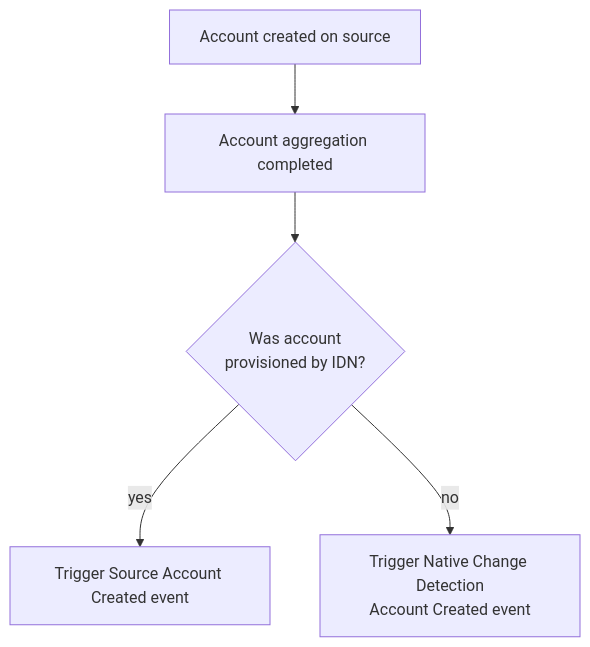
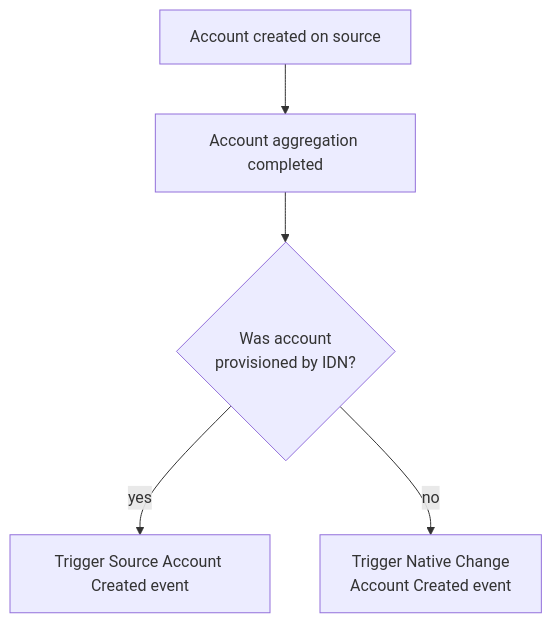
One commit to sailpoint-oss/developer.sailpoint.com changed the diagram in products/idn/docs/identity-now/event-triggers/available/native-change-detection-account-created.md. Above: the diagram before and after it, drawn with Mermaid. The commit also changed other lines of this file and 2 other files, not shown here.

````diff
--- a/products/idn/docs/identity-now/event-triggers/available/native-change-detection-account-created.md
+++ b/products/idn/docs/identity-now/event-triggers/available/native-change-detection-account-created.md
@@ -28,7 +32,7 @@
 ```mermaid
 flowchart TD
     A[Account created on source] --> B
     B[Account aggregation completed] --> C{Was account\nprovisioned by IDN?}
     C -->|yes| D[Trigger Source Account Created event]
-    C -->|no| E[Trigger Native Change Detection\nAccount Created event]
+    C -->|no| E[Trigger Native Change\nAccount Created event]
 ```
````
